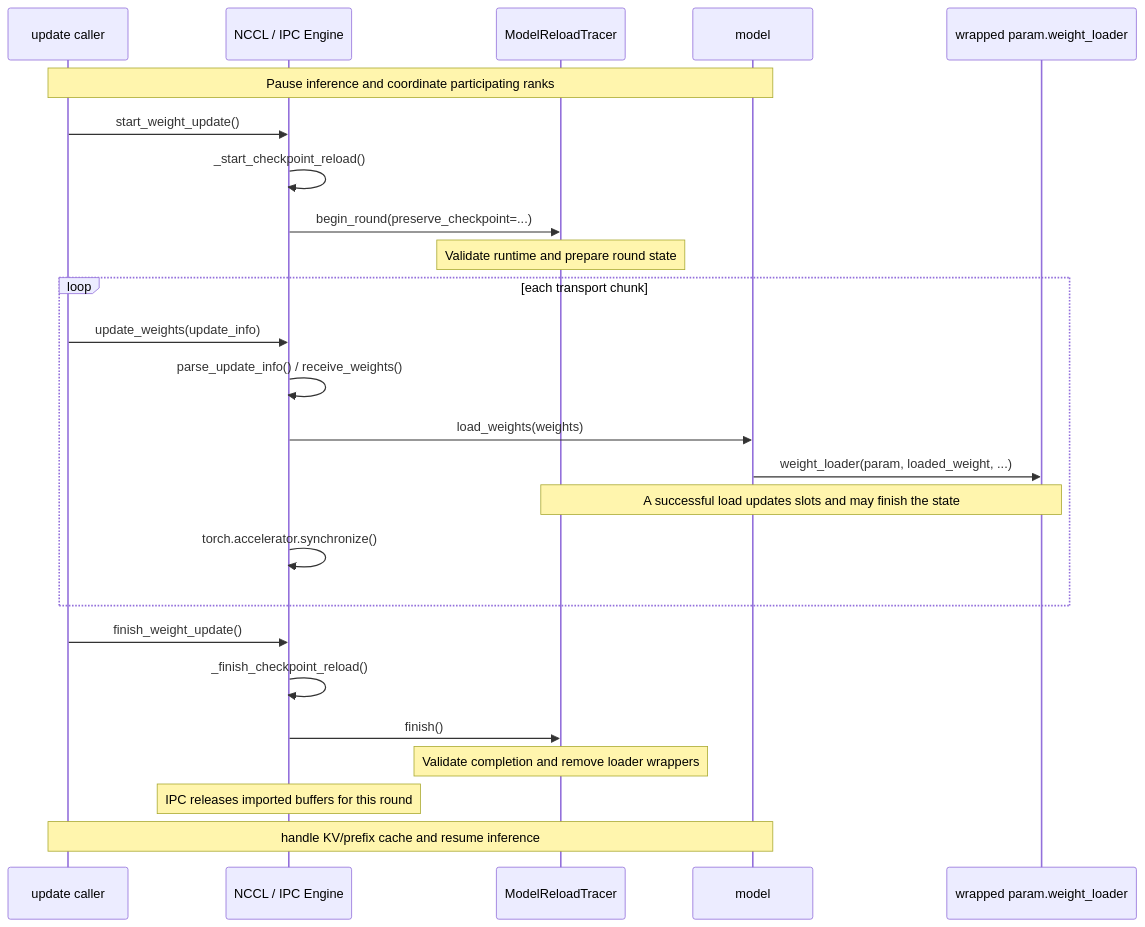
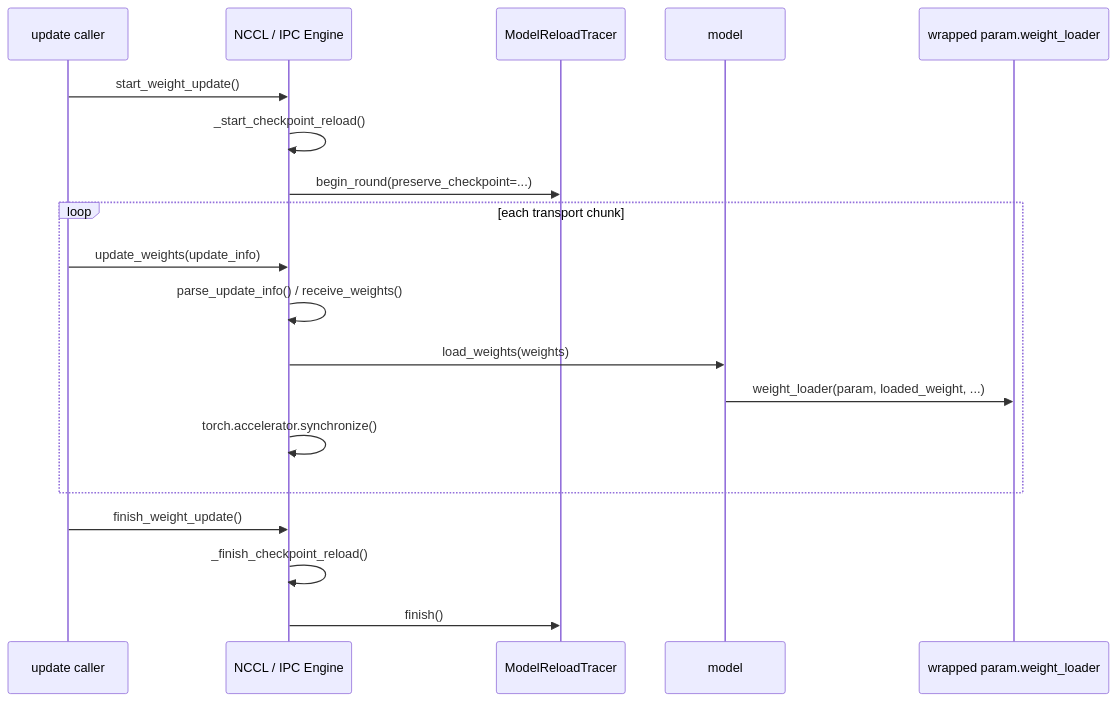
The fourth of 6 diagrams in docs/design/weight-update/reload-flow-walkthrough.en.md (vllm-project/vllm), drawn with Mermaid before and after one commit. The commit also changed 1 other file, not shown here.

Commit message:
docs: remove fragile Mermaid notes

````diff
--- a/docs/design/weight-update/reload-flow-walkthrough.en.md
+++ b/docs/design/weight-update/reload-flow-walkthrough.en.md
@@ -154,28 +154,22 @@
 ```mermaid
 sequenceDiagram
     participant Caller as update caller
     participant Engine as NCCL / IPC Engine
     participant Trace as ModelReloadTracer
     participant Model as model
     participant Loader as wrapped param.weight_loader
 
-    Note over Caller,Model: Pause inference and coordinate participating ranks
     Caller->>Engine: start_weight_update()
     Engine->>Engine: _start_checkpoint_reload()
     Engine->>Trace: begin_round(preserve_checkpoint=...)
-    Note over Trace: Validate runtime and prepare round state
     loop each transport chunk
         Caller->>Engine: update_weights(update_info)
         Engine->>Engine: parse_update_info() / receive_weights()
         Engine->>Model: load_weights(weights)
         Model->>Loader: weight_loader(param, loaded_weight, ...)
-        Note over Loader,Trace: A successful load updates slots and may finish the state
         Engine->>Engine: torch.accelerator.synchronize()
     end
     Caller->>Engine: finish_weight_update()
     Engine->>Engine: _finish_checkpoint_reload()
     Engine->>Trace: finish()
-    Note over Trace: Validate completion and remove loader wrappers
-    Note over Engine: IPC releases imported buffers for this round
-    Note over Caller,Model: handle KV/prefix cache and resume inference
 ```
````
